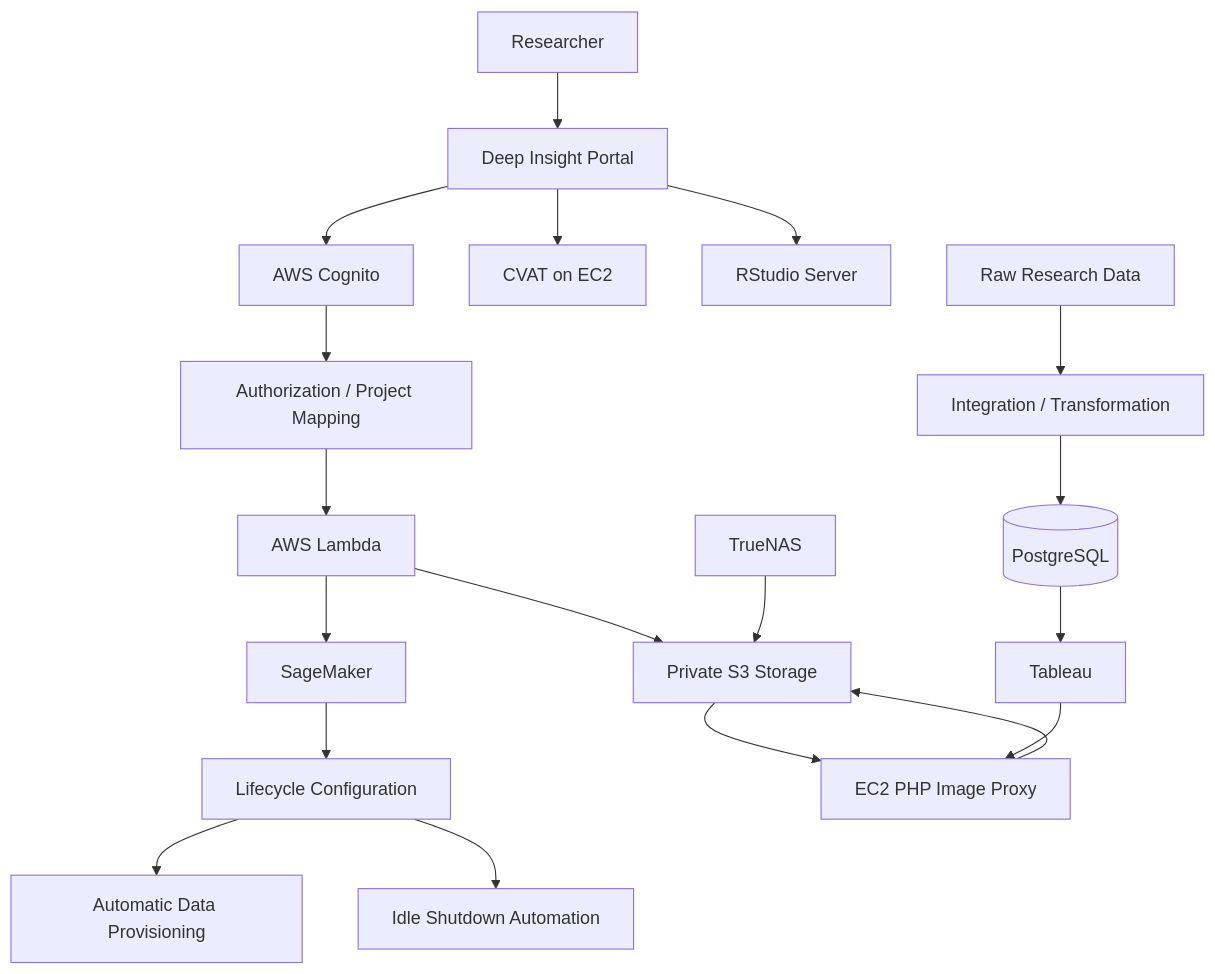
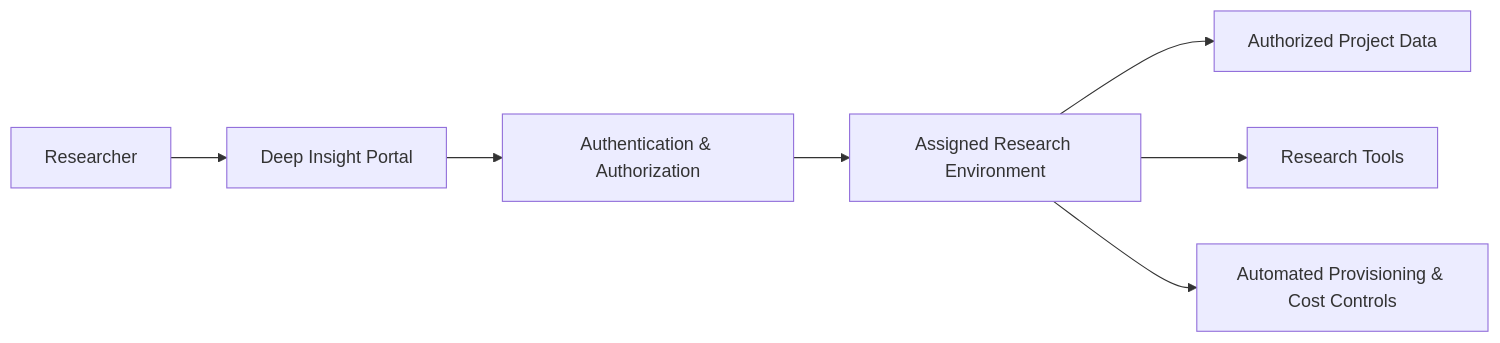
One commit to shaiqur/shaiqur changed the diagram in projects/deep-insight.md. Above: the diagram before and after it, drawn with Mermaid. The commit also changed other lines of this file, not shown here.

````diff
--- a/projects/deep-insight.md
+++ b/projects/deep-insight.md
@@ -435,29 +437,14 @@
 ```mermaid
-flowchart TD
-
+flowchart LR
     U[Researcher] --> P[Deep Insight Portal]
 
-    P --> C[AWS Cognito]
-    C --> A[Authorization / Project Mapping]
+    P --> A[Authentication & Authorization]
 
-    A --> L[AWS Lambda]
-    L --> SM[SageMaker]
-    L --> S3[Private S3 Storage]
+    A --> R[Assigned Research Environment]
 
-    SM --> LC[Lifecycle Configuration]
-    LC --> DATA[Automatic Data Provisioning]
-    LC --> IDLE[Idle Shutdown Automation]
+    R --> D[Authorized Project Data]
 
-    P --> CVAT[CVAT on EC2]
-    P --> RS[RStudio Server]
+    R --> X[Research Tools]
 
-    S3 --> PROXY[EC2 PHP Image Proxy]
-    DB[(PostgreSQL)] --> TAB[Tableau]
-    TAB --> PROXY
-    PROXY --> S3
-
-    RAW[Raw Research Data] --> ETL[Integration / Transformation]
-    ETL --> DB
-
-    NAS[TrueNAS] --> S3
+    R --> M[Automated Provisioning & Cost Controls]
 ```
````
